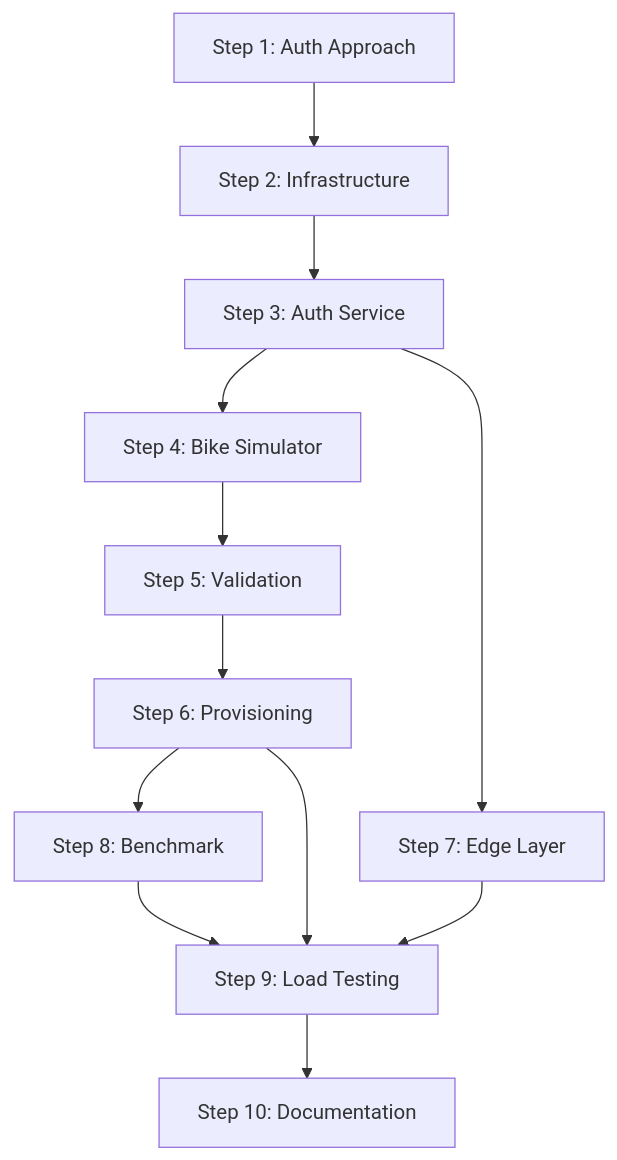
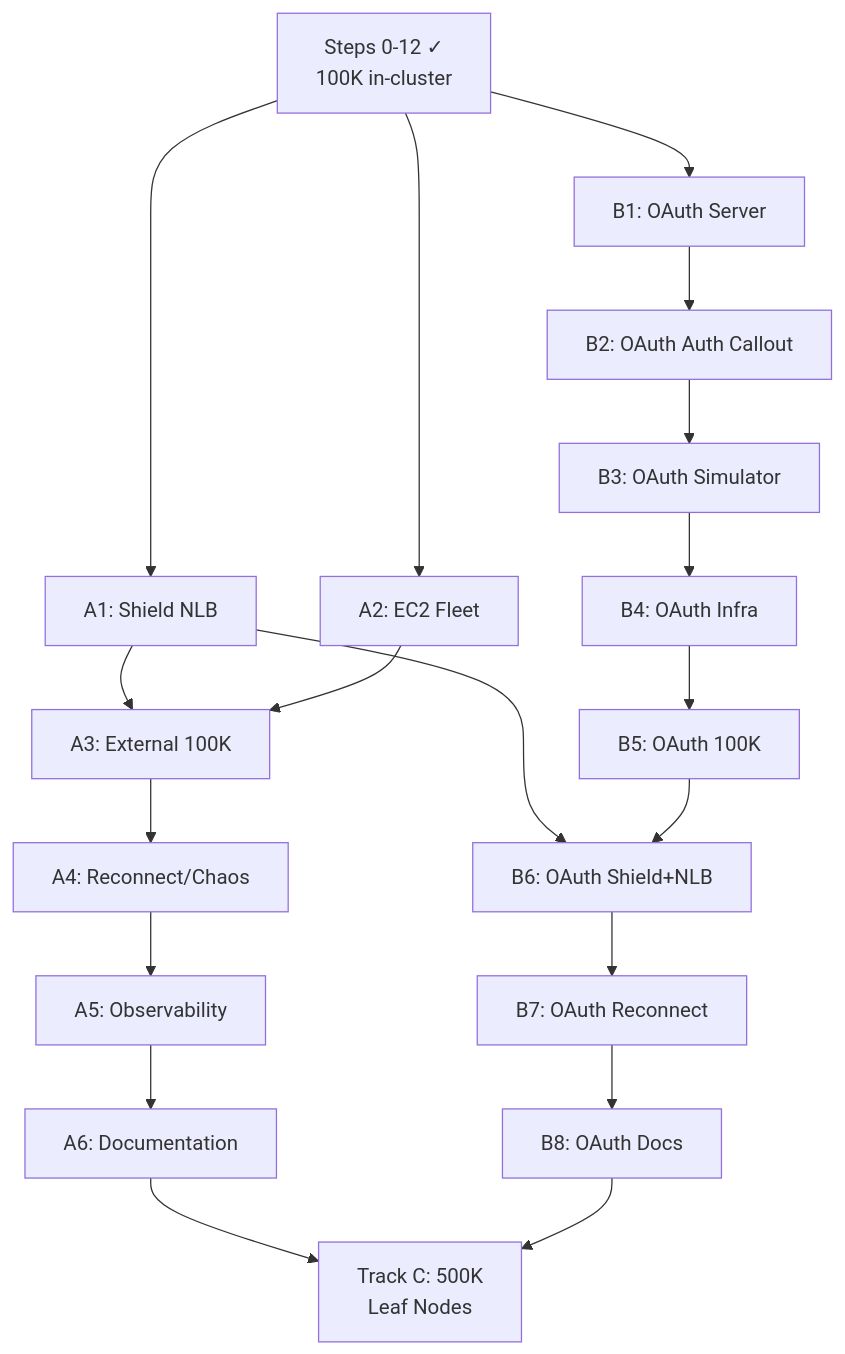
One commit to abhinavlele/google-webfonts-lister changed the second of 5 diagrams in .claude/agents/report-generator.md. Above: the diagram before and after it, drawn with Mermaid. The commit also changed other lines of this file and 9 other files, not shown here.

````diff
--- a/.claude/agents/report-generator.md
+++ b/.claude/agents/report-generator.md
@@ -101,14 +110,21 @@
    ```mermaid
    flowchart TD
-     S1[Step 1: Auth Approach] --> S2[Step 2: Infrastructure]
-     S2 --> S3[Step 3: Auth Service]
-     S3 --> S4[Step 4: Bike Simulator]
-     S3 --> S7[Step 7: Edge Layer]
-     S4 --> S5[Step 5: Validation]
-     S5 --> S6[Step 6: Provisioning]
-     S6 --> S8[Step 8: Benchmark]
-     S6 --> S9[Step 9: Load Testing]
-     S7 --> S9
-     S8 --> S9
-     S9 --> S10[Step 10: Documentation]
+     Done["Steps 0-12 ✓<br>100K in-cluster"] --> A1[A1: Shield NLB]
+     Done --> A2[A2: EC2 Fleet]
+     A1 --> A3[A3: External 100K]
+     A2 --> A3
+     A3 --> A4[A4: Reconnect/Chaos]
+     A4 --> A5[A5: Observability]
+     A5 --> A6[A6: Documentation]
+     Done --> B1[B1: OAuth Server]
+     B1 --> B2[B2: OAuth Auth Callout]
+     B2 --> B3[B3: OAuth Simulator]
+     B3 --> B4[B4: OAuth Infra]
+     B4 --> B5[B5: OAuth 100K]
+     A1 --> B6[B6: OAuth Shield+NLB]
+     B5 --> B6
+     B6 --> B7[B7: OAuth Reconnect]
+     B7 --> B8[B8: OAuth Docs]
+     A6 --> C[Track C: 500K<br>Leaf Nodes]
+     B8 --> C
    ```
````
